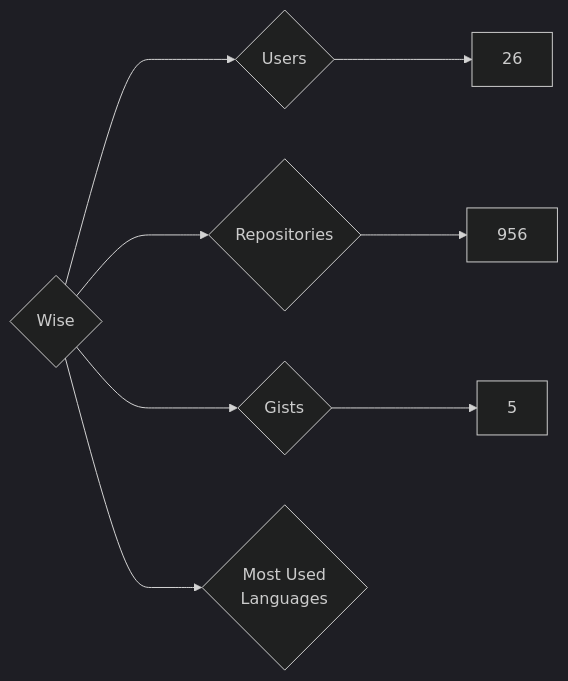
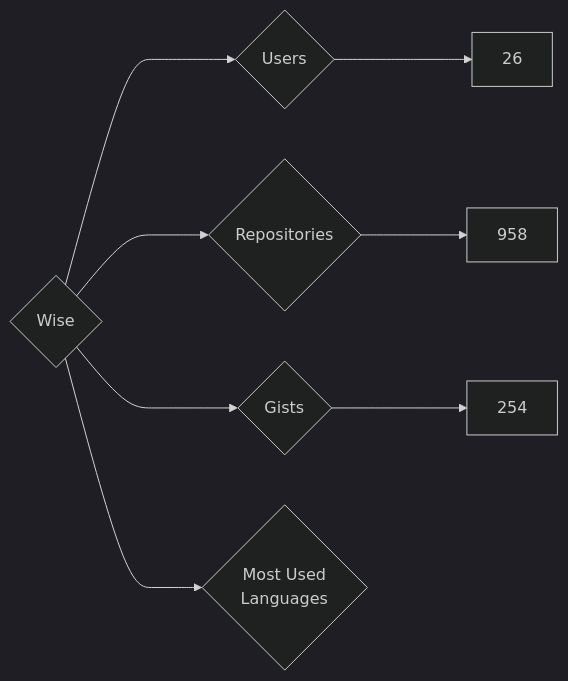
Before and after one commit to nenadzaric/insiders: the diagram in targets/Wise/README.md, drawn with Mermaid (dark theme). The commit also changed 1342 other files, not shown here.

````diff
--- a/targets/Wise/README.md
+++ b/targets/Wise/README.md
@@ -3,8 +3,8 @@
 ```mermaid
 graph LR
 COMPANY_NAME{Wise}
 COMPANY_NAME ---> U{Users} ---> UN[26]
-COMPANY_NAME ---> R{Repositories} ---> RN[956]
-COMPANY_NAME ---> G{Gists} ---> GN[5]
+COMPANY_NAME ---> R{Repositories} ---> RN[958]
+COMPANY_NAME ---> G{Gists} ---> GN[254]
 COMPANY_NAME ---> ML{Most Used<br>Languages}
 ```
````
